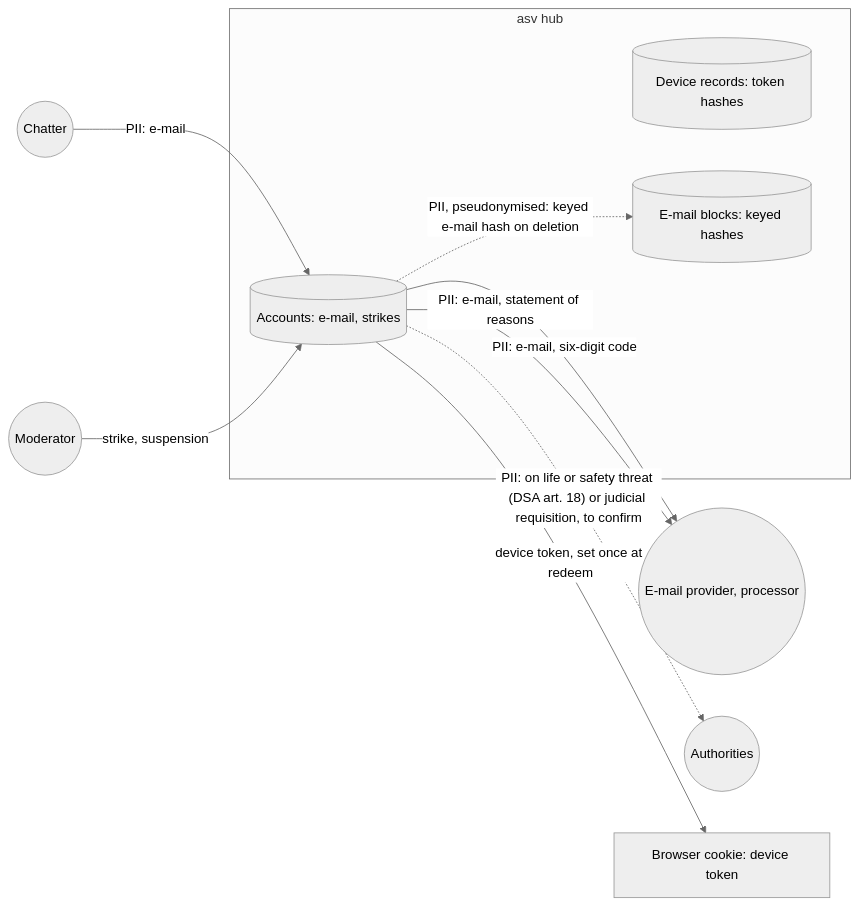
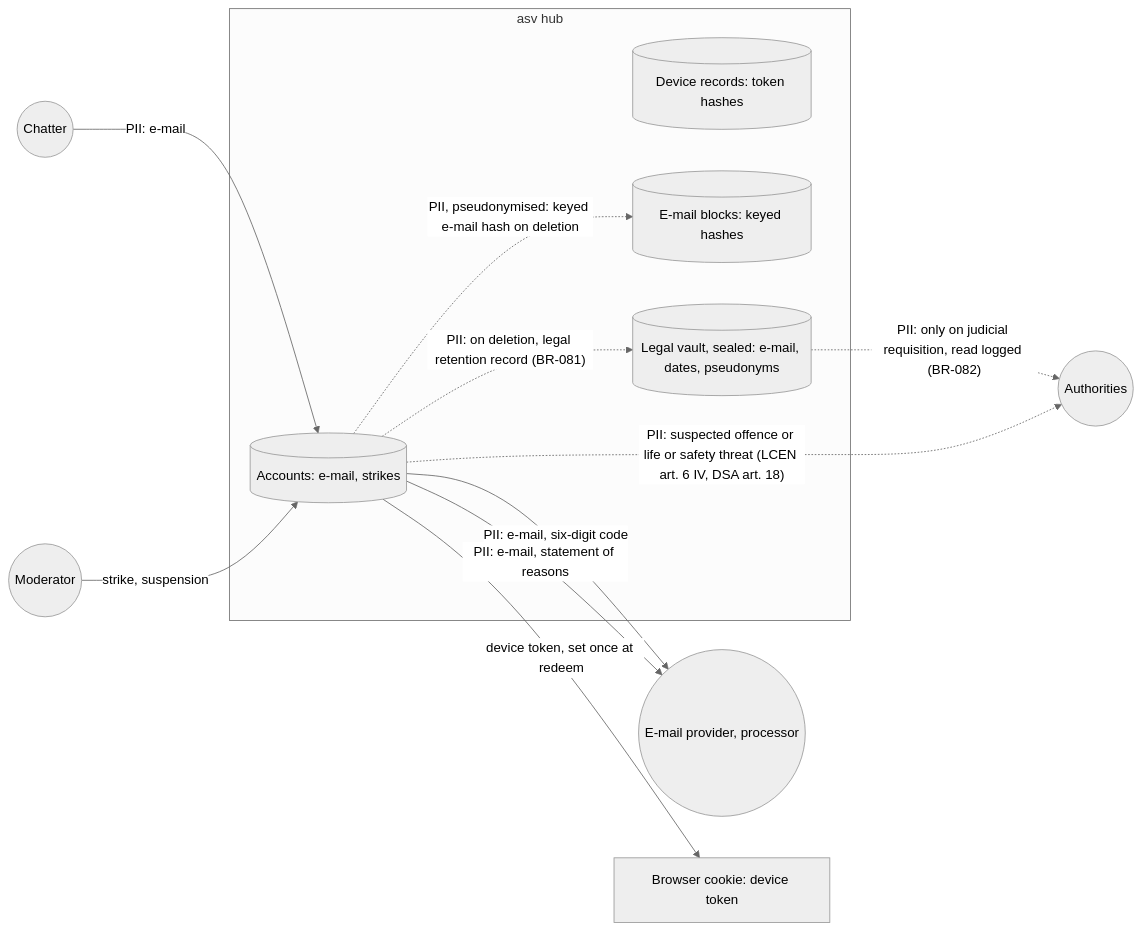
Before and after one commit to benoit-bremaud/asv: the diagram in docs/architecture/diagrams/accounts/06-data-flow.md, drawn with Mermaid (neutral theme). The commit also changed other lines of this file and 21 other files, not shown here.

First line of the commit message:
docs(legal): check legal points on official texts, add legal retention vault

````diff
--- a/docs/architecture/diagrams/accounts/06-data-flow.md
+++ b/docs/architecture/diagrams/accounts/06-data-flow.md
@@ -12,20 +12,23 @@
 ```mermaid
 flowchart LR
   Chatter(("Chatter"))
   Mod(("Moderator"))
   MailProvider(("E-mail provider, processor"))
   Authority(("Authorities"))
   subgraph asv ["asv hub"]
     Acc[("Accounts: e-mail, strikes")]
     Dev[("Device records: token hashes")]
     Blocks[("E-mail blocks: keyed hashes")]
+    Vault[("Legal vault, sealed: e-mail, dates, pseudonyms")]
   end
   Browser["Browser cookie: device token"]
   Chatter -->|"PII: e-mail"| Acc
   Acc -->|"PII: e-mail, six-digit code"| MailProvider
   Acc -->|"device token, set once at redeem"| Browser
   Mod -->|"strike, suspension"| Acc
   Acc -->|"PII: e-mail, statement of reasons"| MailProvider
   Acc -.->|"PII, pseudonymised: keyed e-mail hash on deletion"| Blocks
-  Acc -.->|"PII: on life or safety threat (DSA art. 18) or judicial requisition, to confirm"| Authority
+  Acc -.->|"PII: on deletion, legal retention record (BR-081)"| Vault
+  Vault -.->|"PII: only on judicial requisition, read logged (BR-082)"| Authority
+  Acc -.->|"PII: suspected offence or life or safety threat (LCEN art. 6 IV, DSA art. 18)"| Authority
 ```
````
